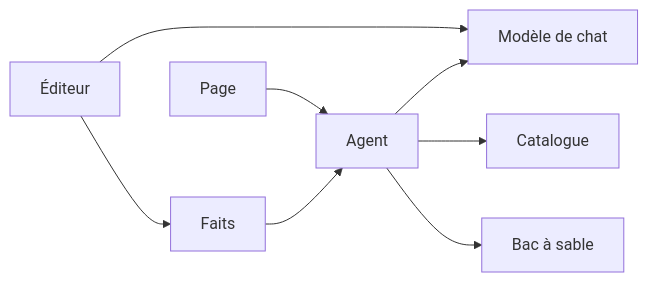
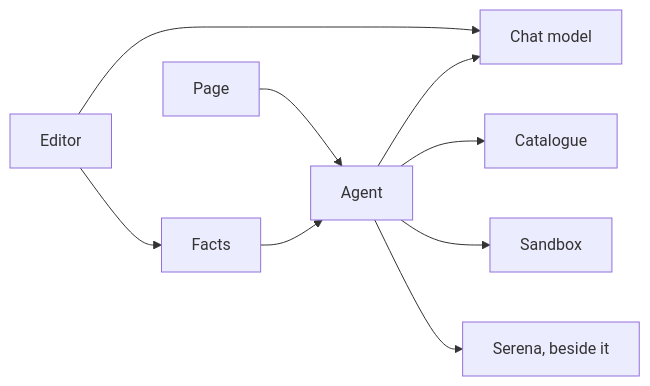
The first of 2 diagrams in docs/concepts/en-clair.md (SPluszkiewicz/pumba), drawn with Mermaid before and after one commit. The commit also changed other lines of this file and 197 other files, not shown here.

First line of the commit message:
Route code intelligence through the Serena sidecar.

````diff
--- a/docs/concepts/en-clair.md
+++ b/docs/concepts/en-clair.md
@@ -55,10 +57,11 @@
 ```mermaid
 flowchart LR
   page["Page"] --> agent["Agent"]
-  editor["Éditeur"] --> facts["Faits"]
-  editor --> model["Modèle de chat"]
+  editor["Editor"] --> facts["Facts"]
+  editor --> model["Chat model"]
   facts --> agent
   agent --> model
   agent --> shelf["Catalogue"]
-  agent --> sandbox["Bac à sable"]
+  agent --> sandbox["Sandbox"]
+  agent --> sidecar["Serena, beside it"]
 ```
````
